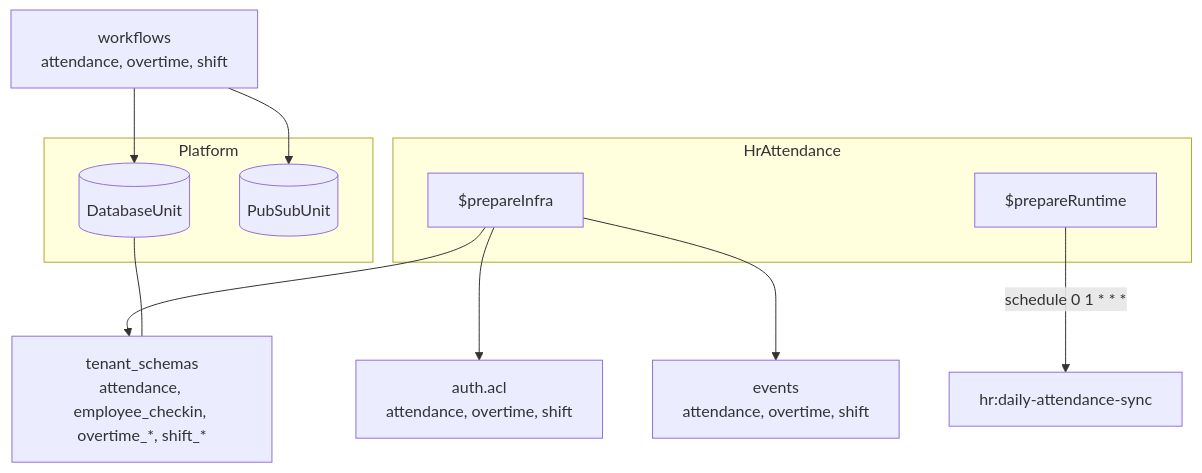
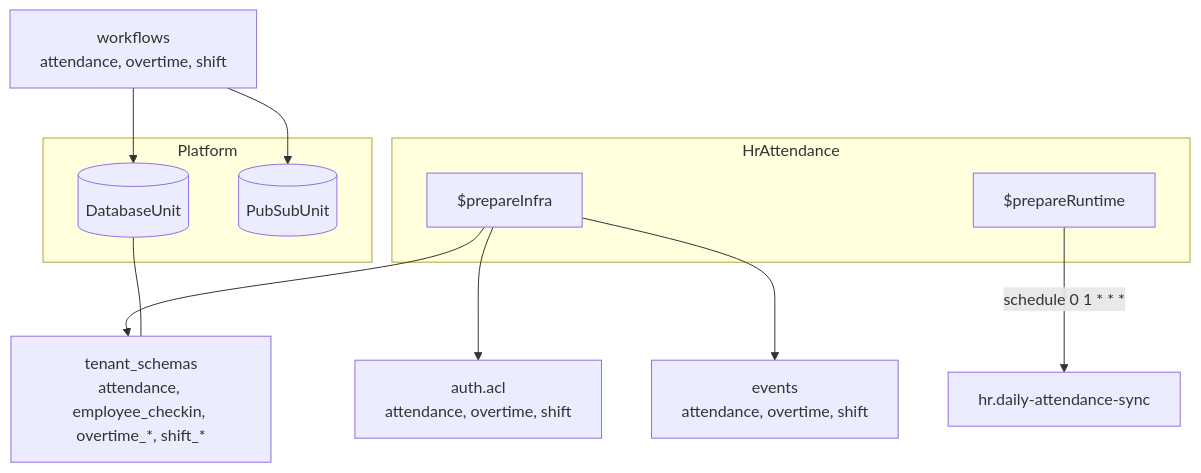
The first of 2 diagrams in packages/hr-attendance/docs/overview.mdx (AdityaBorkar/aspen-os), drawn with Mermaid before and after one commit. The commit also changed other lines of this file and 107 other files, not shown here.

````diff
--- a/packages/hr-attendance/docs/overview.mdx
+++ b/packages/hr-attendance/docs/overview.mdx
@@ -40,22 +40,22 @@
 ```mermaid
 flowchart TB
   subgraph platform[Platform]
     DB[(DatabaseUnit)]
     PS[(PubSubUnit)]
   end
 
   subgraph hrAttendance[HrAttendance]
     PI[$prepareInfra]
     PR[$prepareRuntime]
   end
 
   PI --> ACL[auth.acl\nattendance, overtime, shift]
   PI --> TS[tenant_schemas\nattendance, employee_checkin, overtime_*, shift_*]
   PI --> EV[events\nattendance, overtime, shift]
 
-  PR -->|schedule 0 1 * * *| CRON[hr:daily-attendance-sync]
+  PR -->|schedule 0 1 * * *| CRON[hr.daily-attendance-sync]
 
   WF[workflows\nattendance, overtime, shift] --> DB
   WF --> PS
   DB --- TS
 ```
````
